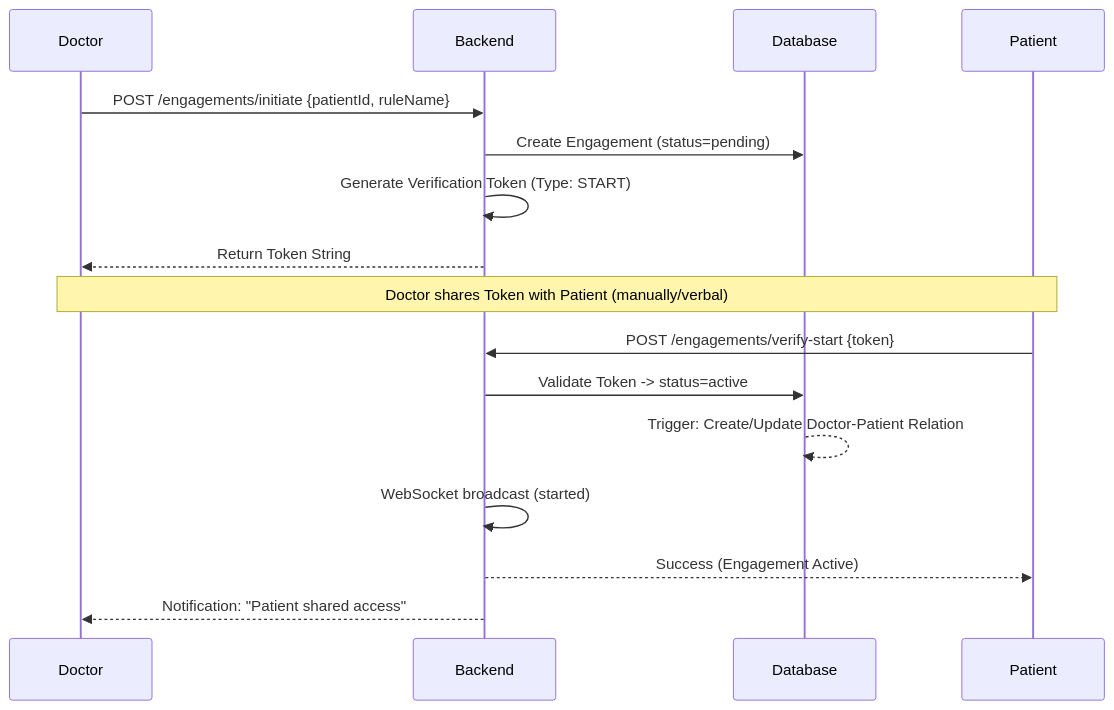
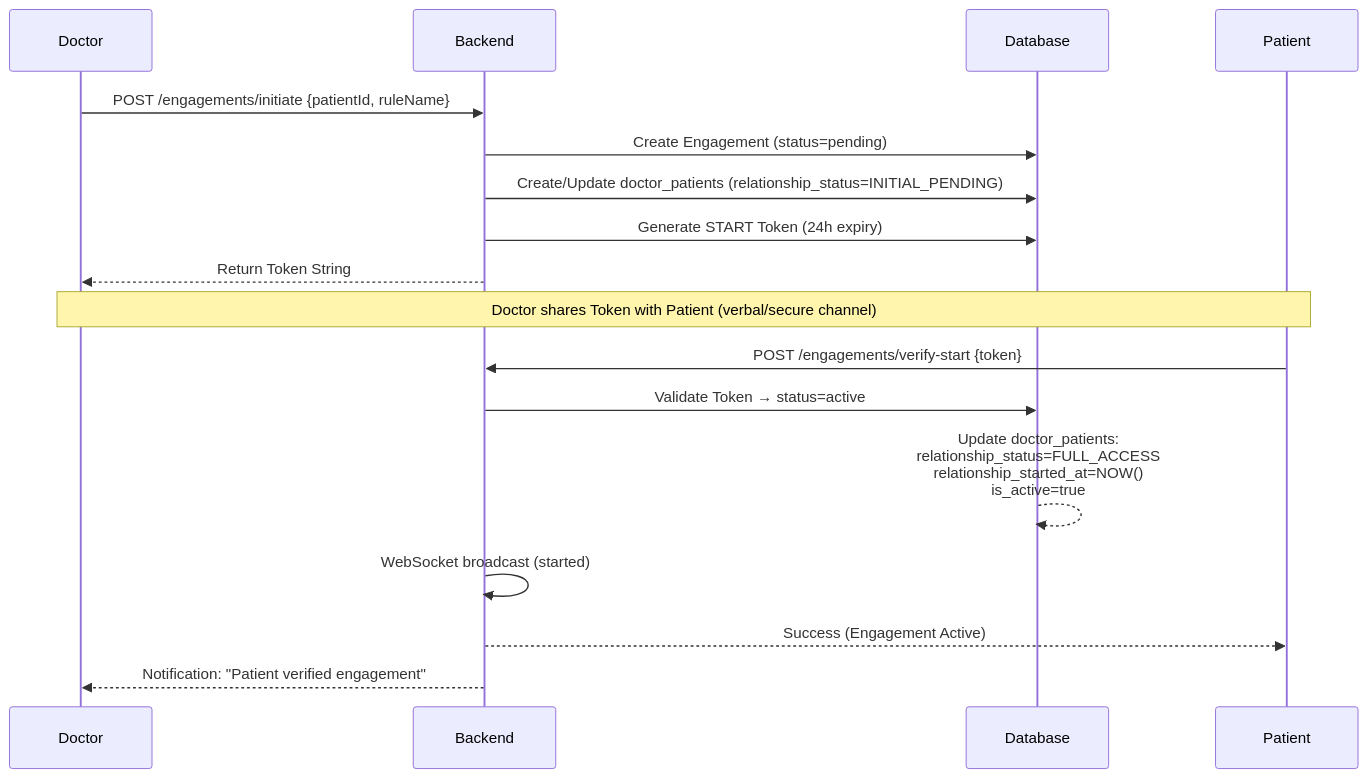
One commit to Abdallah-A-Raafat/Nuralhealer changed the second of 4 diagrams in backend/backend/docs/api/ENGAGEMENT_LOGIC.md. Above: the diagram before and after it, drawn with Mermaid. The commit also changed other lines of this file and 4 other files, not shown here.

First line of the commit message:
Update engagement logic docs and API collections @Abdallah-A-Raafat  ready now

````diff
--- a/backend/backend/docs/api/ENGAGEMENT_LOGIC.md
+++ b/backend/backend/docs/api/ENGAGEMENT_LOGIC.md
@@ -59,21 +131,22 @@
 ```mermaid
 sequenceDiagram
     participant D as Doctor
     participant API as Backend
     participant DB as Database
     participant P as Patient
 
     D->>API: POST /engagements/initiate {patientId, ruleName}
     API->>DB: Create Engagement (status=pending)
-    API->>API: Generate Verification Token (Type: START)
+    API->>DB: Create/Update doctor_patients (relationship_status=INITIAL_PENDING)
+    API->>DB: Generate START Token (24h expiry)
     API-->>D: Return Token String
     
-    Note over D,P: Doctor shares Token with Patient (manually/verbal)
+    Note over D,P: Doctor shares Token with Patient (verbal/secure channel)
     
     P->>API: POST /engagements/verify-start {token}
-    API->>DB: Validate Token -> status=active
-    DB-->>DB: Trigger: Create/Update Doctor-Patient Relation
+    API->>DB: Validate Token → status=active
+    DB-->>DB: Update doctor_patients: <br/>relationship_status=FULL_ACCESS<br/>relationship_started_at=NOW()<br/>is_active=true
     API->>API: WebSocket broadcast (started)
     API-->>P: Success (Engagement Active)
-    API-->>D: Notification: "Patient shared access"
+    API-->>D: Notification: "Patient verified engagement"
 ```
````
